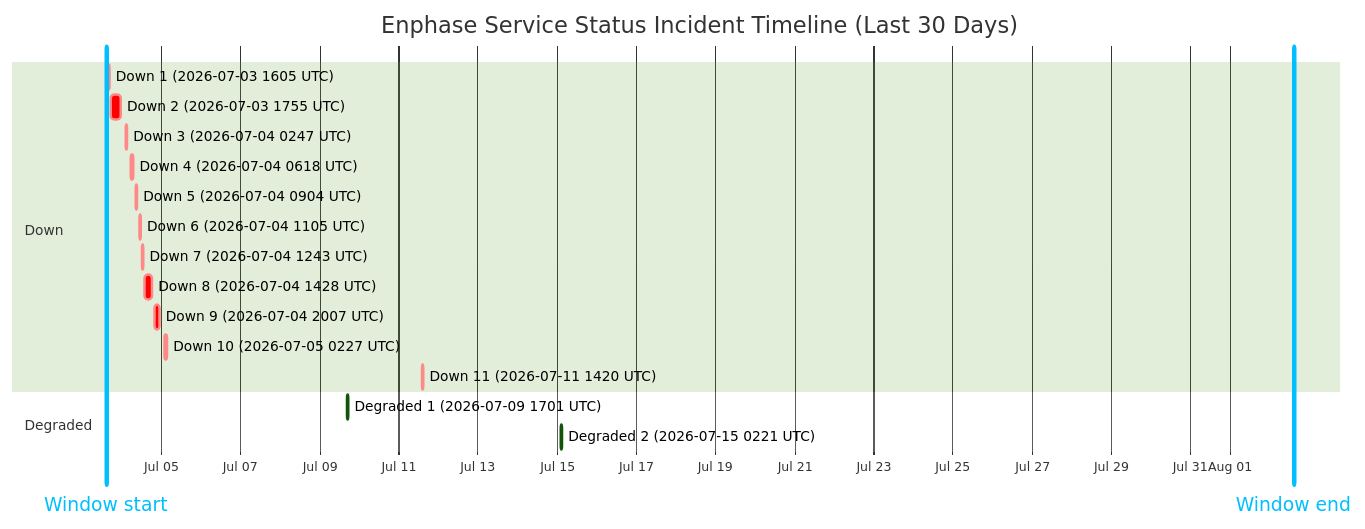
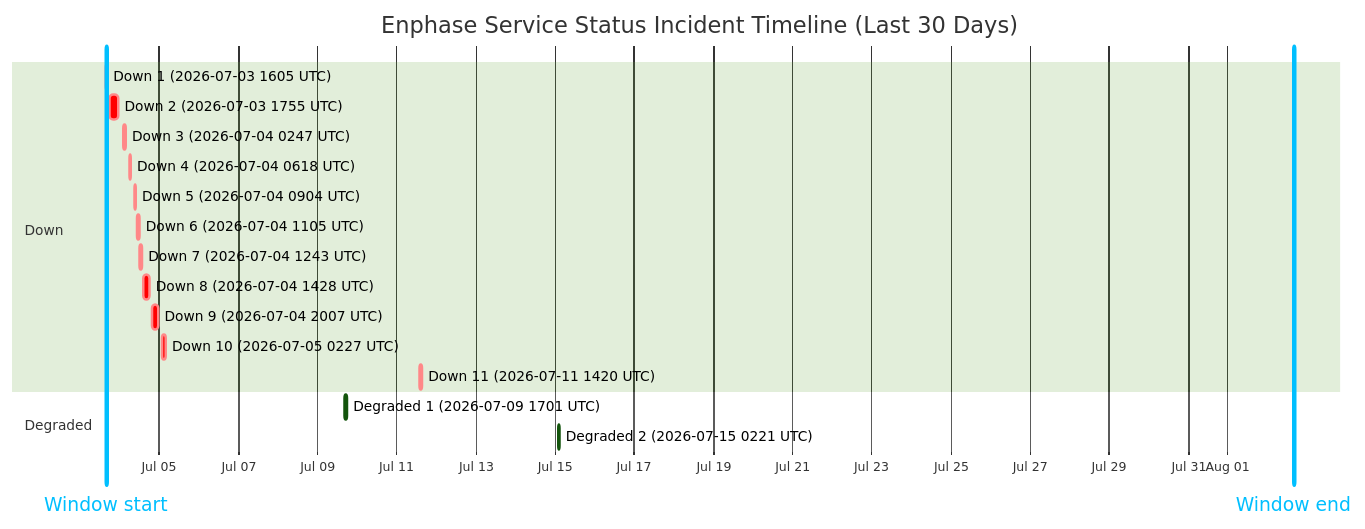
Before and after one commit to barneyonline/ha-enphase-energy: the diagram in wiki/Service-Status-History.md, drawn with Mermaid (forest theme). The commit also changed other lines of this file and 3 other files, not shown here.

````diff
--- a/wiki/Service-Status-History.md
+++ b/wiki/Service-Status-History.md
@@ -14,23 +14,23 @@
 ```mermaid
 gantt
     title Enphase Service Status Incident Timeline (Last 30 Days)
     dateFormat  YYYY-MM-DDTHH:mm:ss
     axisFormat  %b %d
-    Window start :vert, window-start, 2026-07-03T14:46:38, 0ms
-    Window end :vert, window-end, 2026-08-02T14:46:38, 0ms
+    Window start :vert, window-start, 2026-07-03T15:59:17, 0ms
+    Window end :vert, window-end, 2026-08-02T15:59:17, 0ms
     section Down
     Down 1 (2026-07-03 1605 UTC) :crit, down-1, 2026-07-03T16:05:49, 60m
     Down 2 (2026-07-03 1755 UTC) :crit, down-2, 2026-07-03T17:55:54, 338m
     Down 3 (2026-07-04 0247 UTC) :crit, down-3, 2026-07-04T02:47:22, 60m
     Down 4 (2026-07-04 0618 UTC) :crit, down-4, 2026-07-04T06:18:09, 60m
     Down 5 (2026-07-04 0904 UTC) :crit, down-5, 2026-07-04T09:04:41, 60m
     Down 6 (2026-07-04 1105 UTC) :crit, down-6, 2026-07-04T11:05:21, 60m
     Down 7 (2026-07-04 1243 UTC) :crit, down-7, 2026-07-04T12:43:25, 60m
     Down 8 (2026-07-04 1428 UTC) :crit, down-8, 2026-07-04T14:28:07, 243m
     Down 9 (2026-07-04 2007 UTC) :crit, down-9, 2026-07-04T20:07:50, 206m
     Down 10 (2026-07-05 0227 UTC) :crit, down-10, 2026-07-05T02:27:32, 109m
     Down 11 (2026-07-11 1420 UTC) :crit, down-11, 2026-07-11T14:20:54, 69m
     section Degraded
     Degraded 1 (2026-07-09 1701 UTC) :active, degraded-1, 2026-07-09T17:01:02, 60m
     Degraded 2 (2026-07-15 0221 UTC) :active, degraded-2, 2026-07-15T02:21:35, 60m
 ```
````
